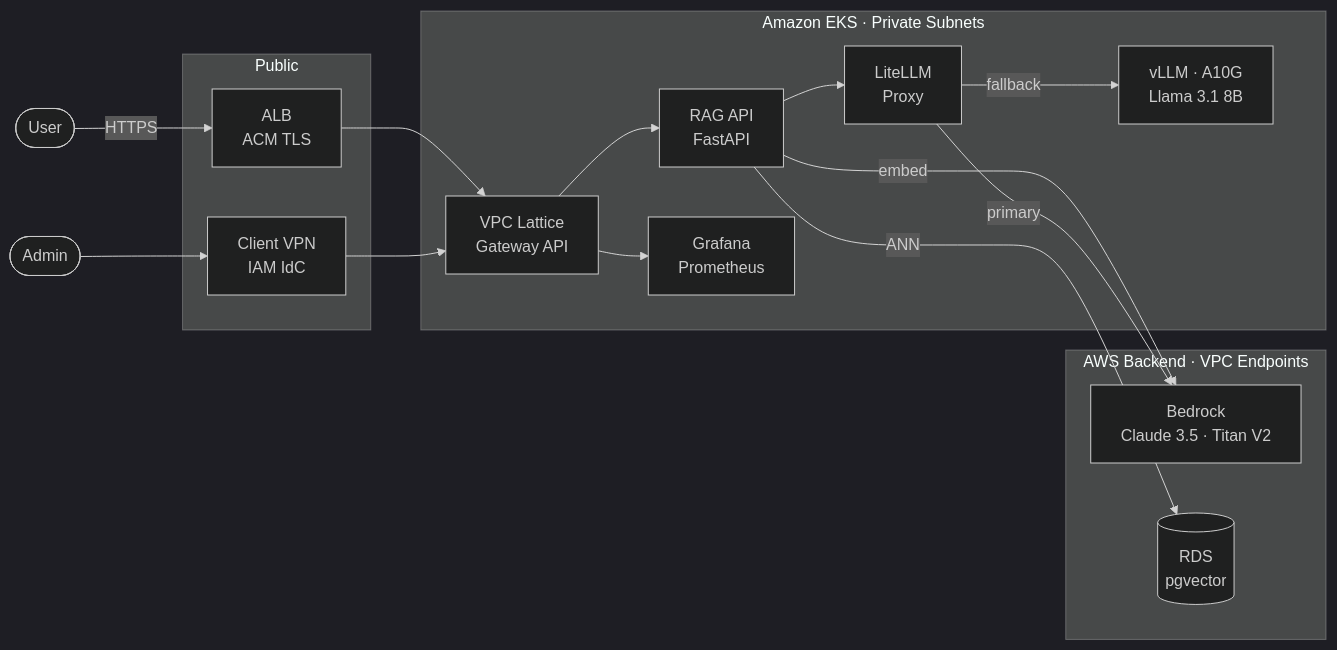
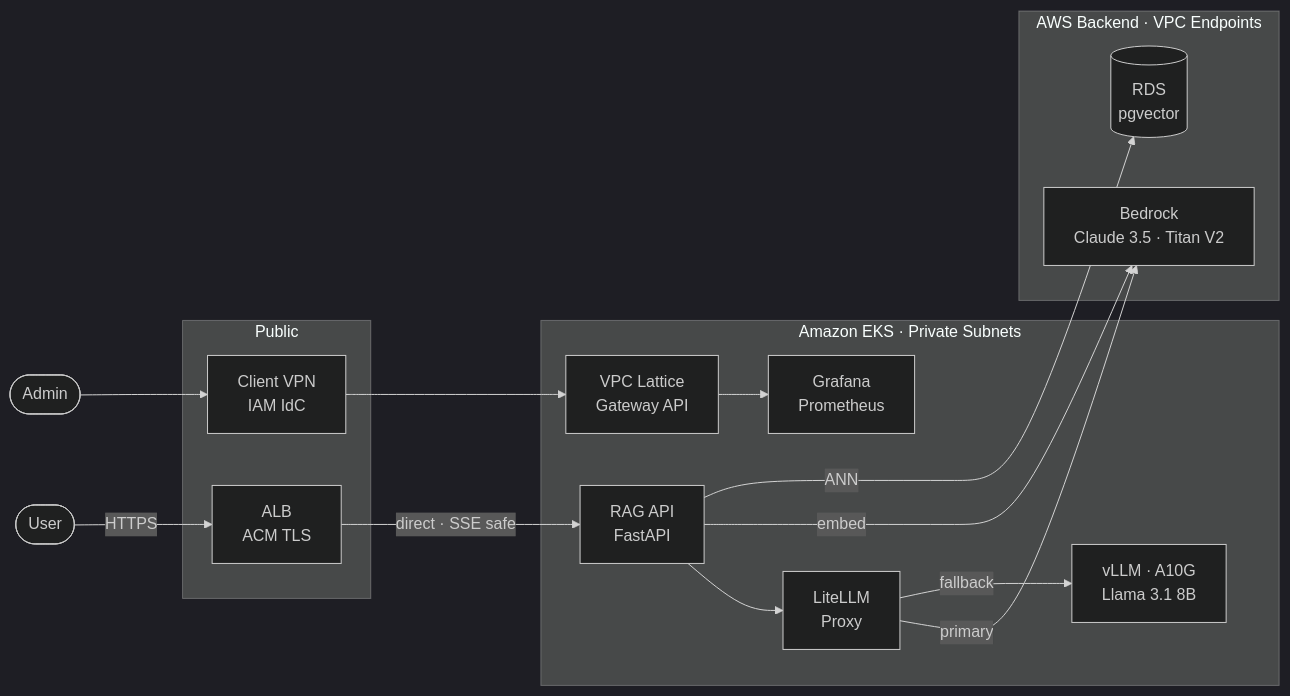
Before and after one commit to girishn/rag-platform-eks: the diagram in README.md, drawn with Mermaid (dark theme). The commit also changed other lines of this file and 7 other files, not shown here.

First line of the commit message:
Update architectural documentation and ADRs for RAG platform

````diff
--- a/README.md
+++ b/README.md
@@ -22,33 +22,34 @@
 ```mermaid
 flowchart LR
     User([User])
     Admin([Admin])
 
     subgraph pub["Public"]
         ALB[ALB\nACM TLS]
         VPN[Client VPN\nIAM IdC]
     end
 
     subgraph eks["Amazon EKS · Private Subnets"]
         Lattice[VPC Lattice\nGateway API]
         RAG[RAG API\nFastAPI]
         LiteLLM[LiteLLM\nProxy]
         vLLM[vLLM · A10G\nLlama 3.1 8B]
         Obs[Grafana\nPrometheus]
     end
 
     subgraph aws["AWS Backend · VPC Endpoints"]
         Bedrock[Bedrock\nClaude 3.5 · Titan V2]
         RDS[(RDS\npgvector)]
     end
 
     User -->|HTTPS| ALB
     Admin --> VPN
-    ALB & VPN --> Lattice
-    Lattice --> RAG & Obs
+    ALB -->|direct · SSE safe| RAG
+    VPN --> Lattice
+    Lattice --> Obs
     RAG --> LiteLLM
     RAG -->|embed| Bedrock
     RAG -->|ANN| RDS
     LiteLLM -->|primary| Bedrock
     LiteLLM -->|fallback| vLLM
 ```
````
